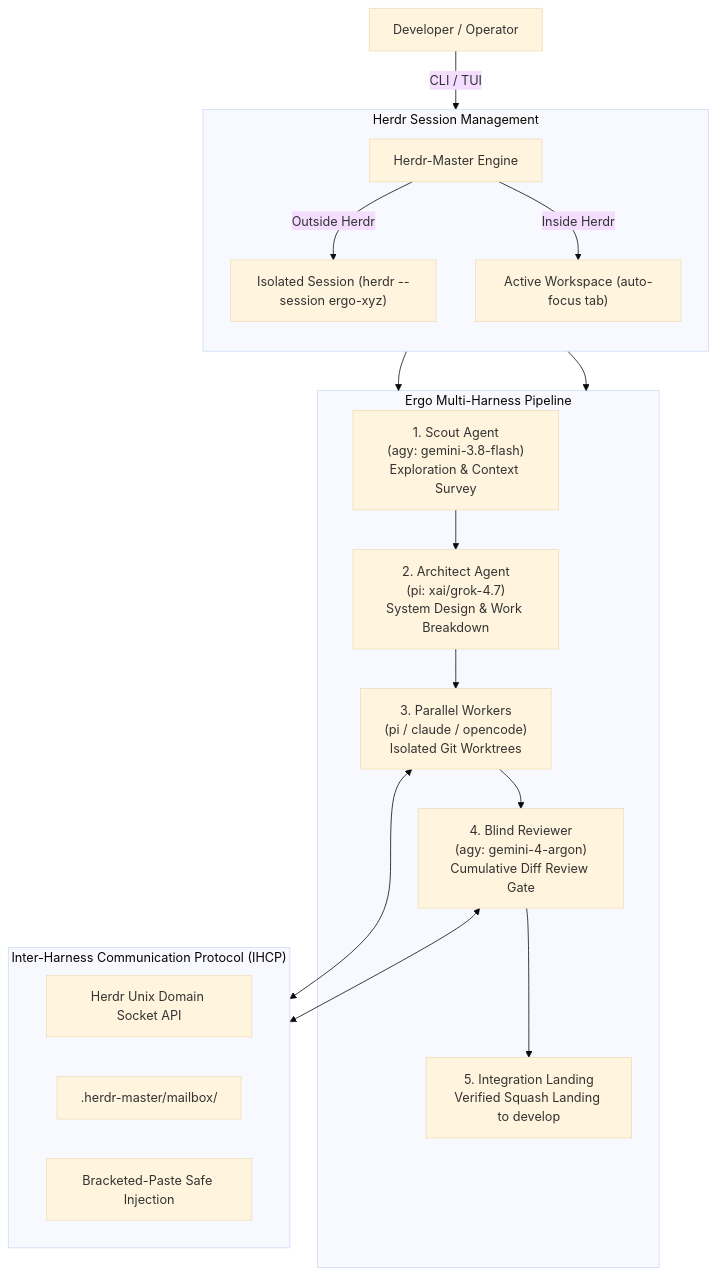
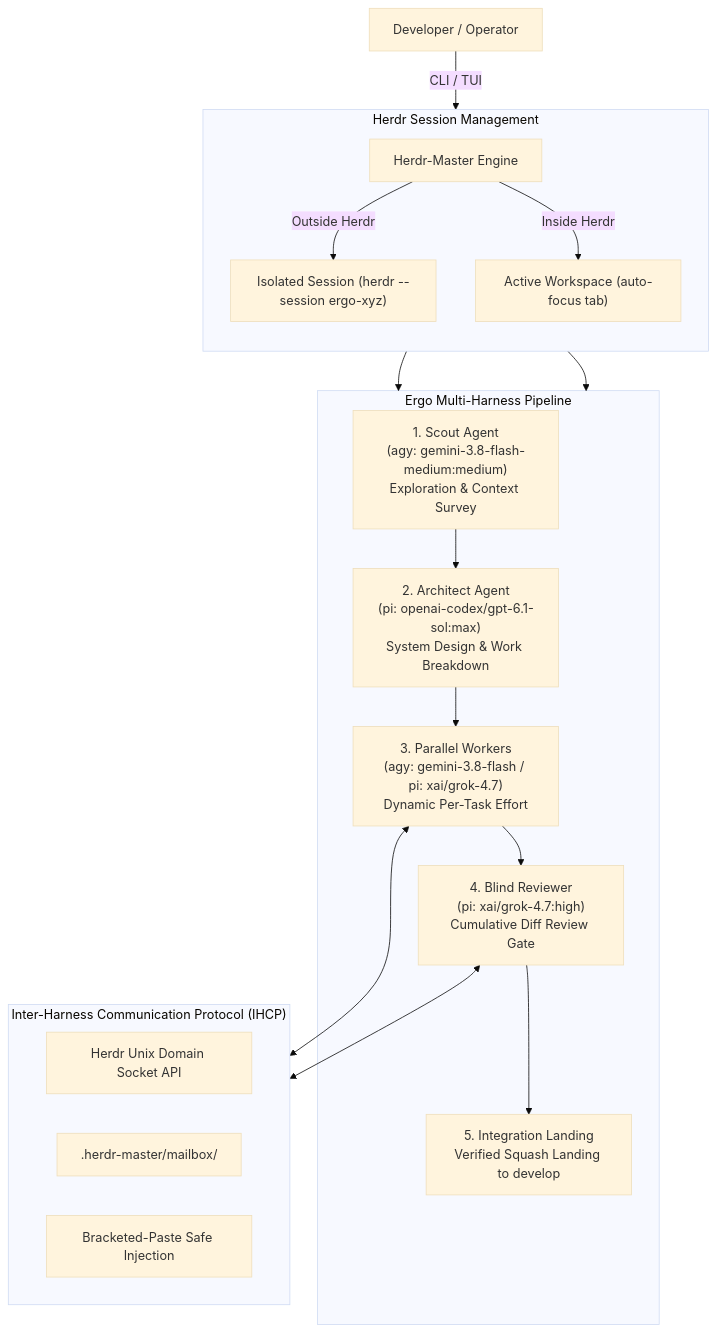
Before and after one commit to pank85/AiHead-Orchestrator: the diagram in README.md, drawn with Mermaid (base theme). The commit also changed other lines of this file and 34 other files, not shown here.

````diff
--- a/README.md
+++ b/README.md
@@ -173,32 +170,32 @@
 ```mermaid
 graph TD
     User["Developer / Operator"] -->|CLI / TUI| Orchestrator["Herdr-Master Engine"]
     
     subgraph ExecutionContext ["Herdr Session Management"]
         direction TB
         Orchestrator -->|Outside Herdr| IsolatedSession["Isolated Session (herdr --session ergo-xyz)"]
         Orchestrator -->|Inside Herdr| ActiveSession["Active Workspace (auto-focus tab)"]
     end
 
     subgraph ErgoPipeline ["Ergo Multi-Harness Pipeline"]
-        Scout["1. Scout Agent<br/>(agy: gemini-3.8-flash)<br/>Exploration & Context Survey"]
-        Architect["2. Architect Agent<br/>(pi: xai/grok-4.7)<br/>System Design & Work Breakdown"]
-        Pool["3. Parallel Workers<br/>(pi / claude / opencode)<br/>Isolated Git Worktrees"]
-        Reviewer["4. Blind Reviewer<br/>(agy: gemini-4-argon)<br/>Cumulative Diff Review Gate"]
+        Scout["1. Scout Agent<br/>(agy: gemini-3.8-flash-medium:medium)<br/>Exploration & Context Survey"]
+        Architect["2. Architect Agent<br/>(pi: openai-codex/gpt-6.1-sol:max)<br/>System Design & Work Breakdown"]
+        Pool["3. Parallel Workers<br/>(agy: gemini-3.8-flash / pi: xai/grok-4.7)<br/>Dynamic Per-Task Effort"]
+        Reviewer["4. Blind Reviewer<br/>(pi: xai/grok-4.7:high)<br/>Cumulative Diff Review Gate"]
         Squash["5. Integration Landing<br/>Verified Squash Landing to develop"]
 
         Scout --> Architect --> Pool --> Reviewer --> Squash
     end
 
     IsolatedSession --> ErgoPipeline
     ActiveSession --> ErgoPipeline
 
     subgraph IHCP ["Inter-Harness Communication Protocol (IHCP)"]
         Socket["Herdr Unix Domain Socket API"]
         Mailbox[".herdr-master/mailbox/"]
         PTY["Bracketed-Paste Safe Injection"]
     end
 
     Pool <--> IHCP
     Reviewer <--> IHCP
 ```
````
